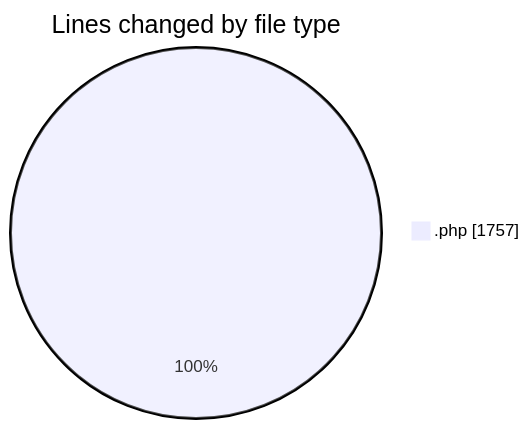
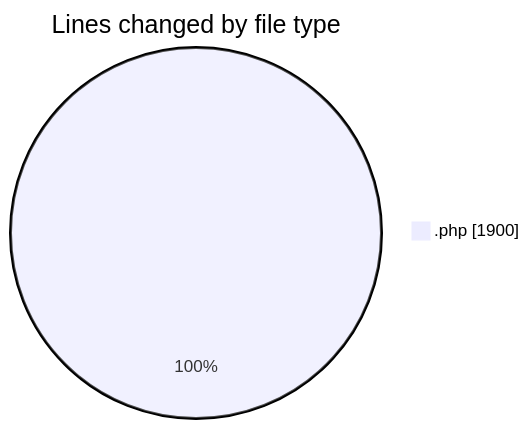
One commit to debugP/code-tracking changed the first of 2 diagrams in 2025-08-21/enfold-child/README.md. Above: the diagram before and after it, drawn with Mermaid. The commit also changed other lines of this file and 1 other file, not shown here.

````diff
--- a/2025-08-21/enfold-child/README.md
+++ b/2025-08-21/enfold-child/README.md
@@ -21,5 +21,5 @@
 ```mermaid
 pie showData
 title Lines changed by file type
-".php" : 1757
+".php" : 1900
 ```
````
